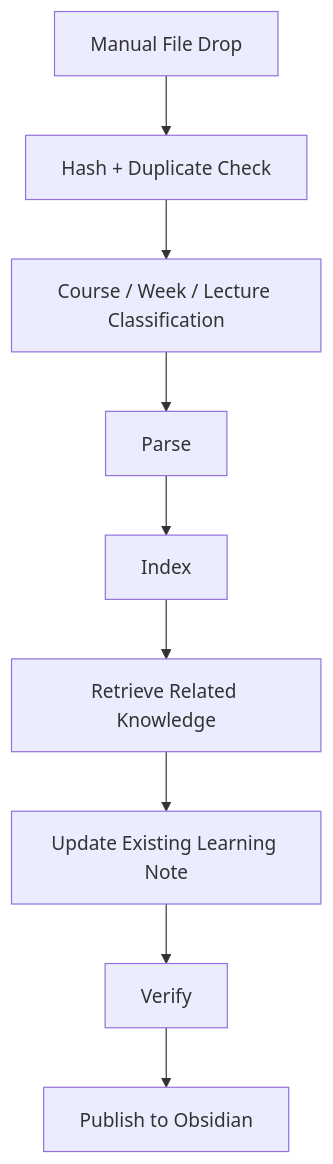
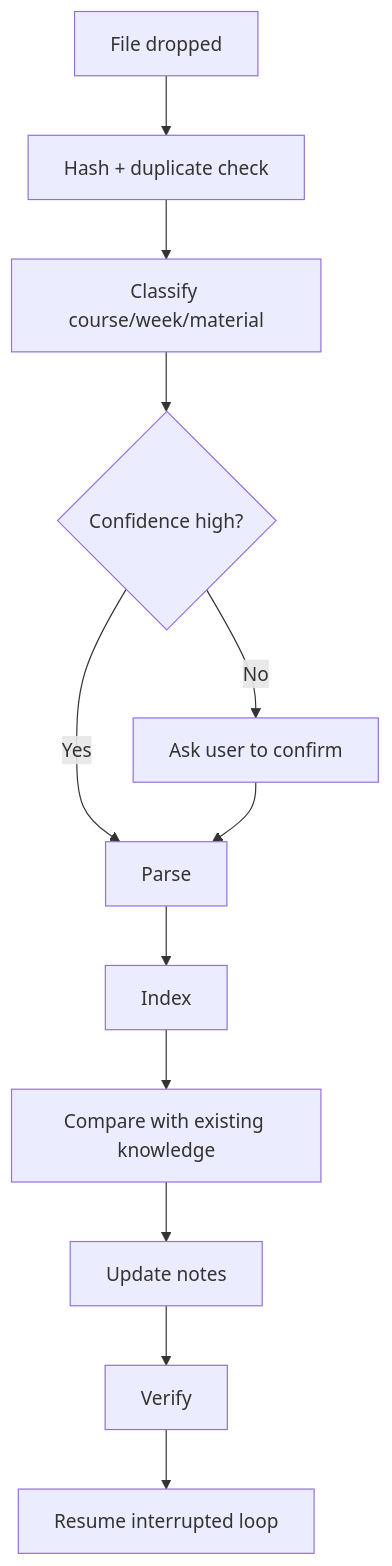
Before and after one commit to Riku888/smartee: the third of 7 diagrams in ARCHITECTURE.md, drawn with Mermaid. The commit also changed other lines of this file and 1 other file, not shown here.

Commit message:
Changed architecture files

````diff
--- a/ARCHITECTURE.md
+++ b/ARCHITECTURE.md
@@ -314,22 +535,19 @@
 ```mermaid
 flowchart TD
-
-    DROP[Manual File Drop]
-    HASH[Hash + Duplicate Check]
-    CLASSIFY[Course / Week / Lecture Classification]
+    DROP[File dropped]
+    HASH[Hash + duplicate check]
+    CLASS[Classify course/week/material]
+    CONF{Confidence high?}
+    ASK[Ask user to confirm]
     PARSE[Parse]
     INDEX[Index]
-    RETRIEVE[Retrieve Related Knowledge]
-    UPDATE[Update Existing Learning Note]
+    DIFF[Compare with existing knowledge]
+    UPDATE[Update notes]
     VERIFY[Verify]
-    PUBLISH[Publish to Obsidian]
+    RESUME[Resume interrupted loop]
 
-    DROP --> HASH
-    HASH --> CLASSIFY
-    CLASSIFY --> PARSE
-    PARSE --> INDEX
-    INDEX --> RETRIEVE
-    RETRIEVE --> UPDATE
-    UPDATE --> VERIFY
-    VERIFY --> PUBLISH
+    DROP --> HASH --> CLASS --> CONF
+    CONF -->|Yes| PARSE
+    CONF -->|No| ASK --> PARSE
+    PARSE --> INDEX --> DIFF --> UPDATE --> VERIFY --> RESUME
 ```
````
